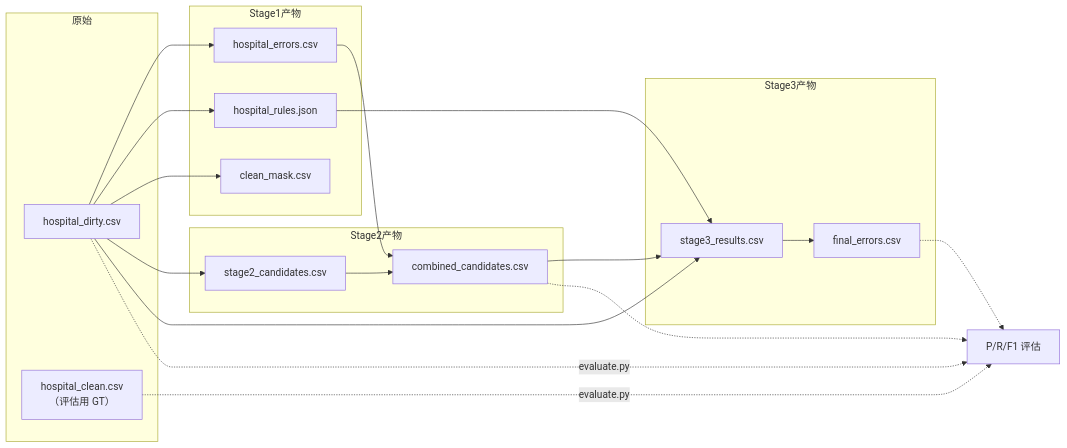
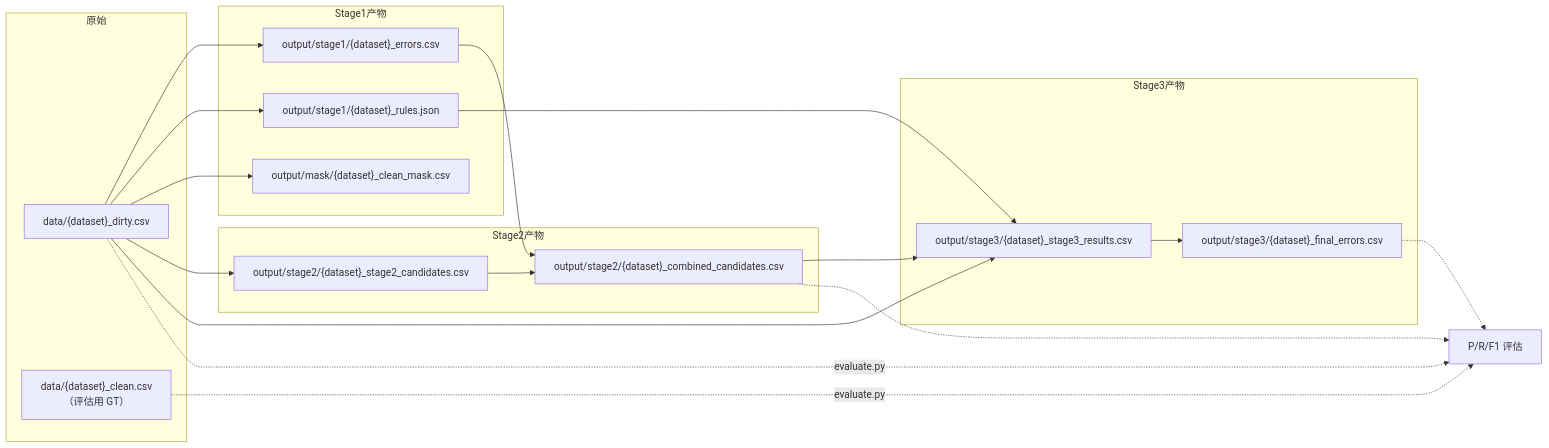
One commit to 1993371829/error_detect changed the sixth of 8 diagrams in PIPELINE.md. Above: the diagram before and after it, drawn with Mermaid. The commit also changed other lines of this file and 30 other files, not shown here.

````diff
--- a/PIPELINE.md
+++ b/PIPELINE.md
@@ -430,32 +430,32 @@
 ```mermaid
 flowchart LR
     subgraph 原始
-        D["hospital_dirty.csv"]
-        C["hospital_clean.csv<br/>（评估用 GT）"]
+        D["data/{dataset}_dirty.csv"]
+        C["data/{dataset}_clean.csv<br/>（评估用 GT）"]
     end
 
     subgraph Stage1产物
-        E1["hospital_errors.csv"]
-        R["hospital_rules.json"]
-        M["clean_mask.csv"]
+        E1["output/stage1/{dataset}_errors.csv"]
+        R["output/stage1/{dataset}_rules.json"]
+        M["output/mask/{dataset}_clean_mask.csv"]
     end
 
     subgraph Stage2产物
-        E2["stage2_candidates.csv"]
-        COMB["combined_candidates.csv"]
+        E2["output/stage2/{dataset}_stage2_candidates.csv"]
+        COMB["output/stage2/{dataset}_combined_candidates.csv"]
     end
 
     subgraph Stage3产物
-        RES["stage3_results.csv"]
-        FIN["final_errors.csv"]
+        RES["output/stage3/{dataset}_stage3_results.csv"]
+        FIN["output/stage3/{dataset}_final_errors.csv"]
     end
 
     D --> E1 & R & M
     D --> E2
     E1 --> COMB
     E2 --> COMB
     D & COMB & R --> RES --> FIN
 
     C & D -.->|evaluate.py| METRICS["P/R/F1 评估"]
     COMB & FIN -.-> METRICS
 ```
````
